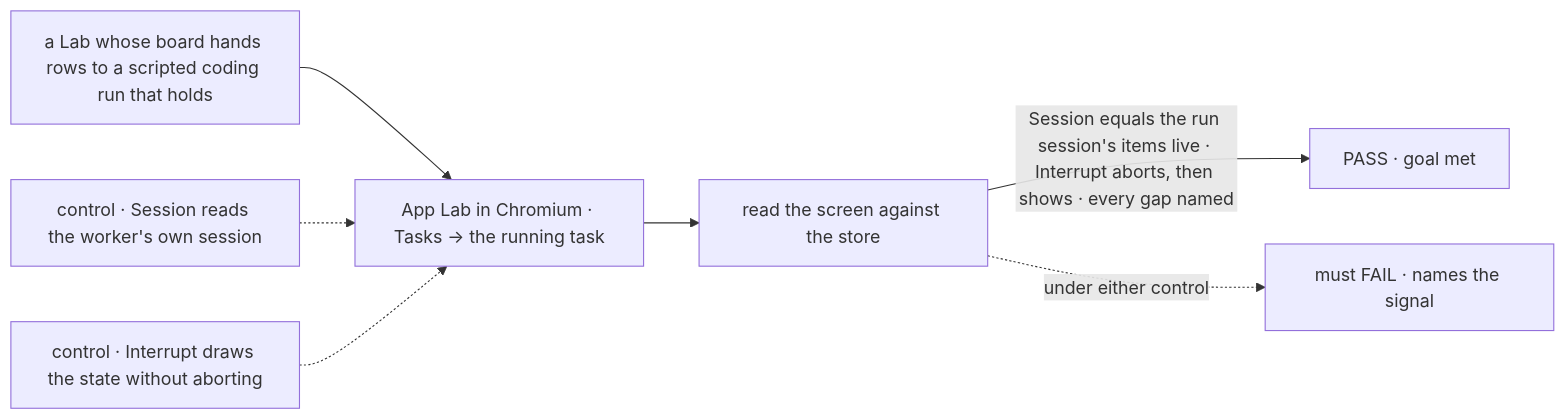
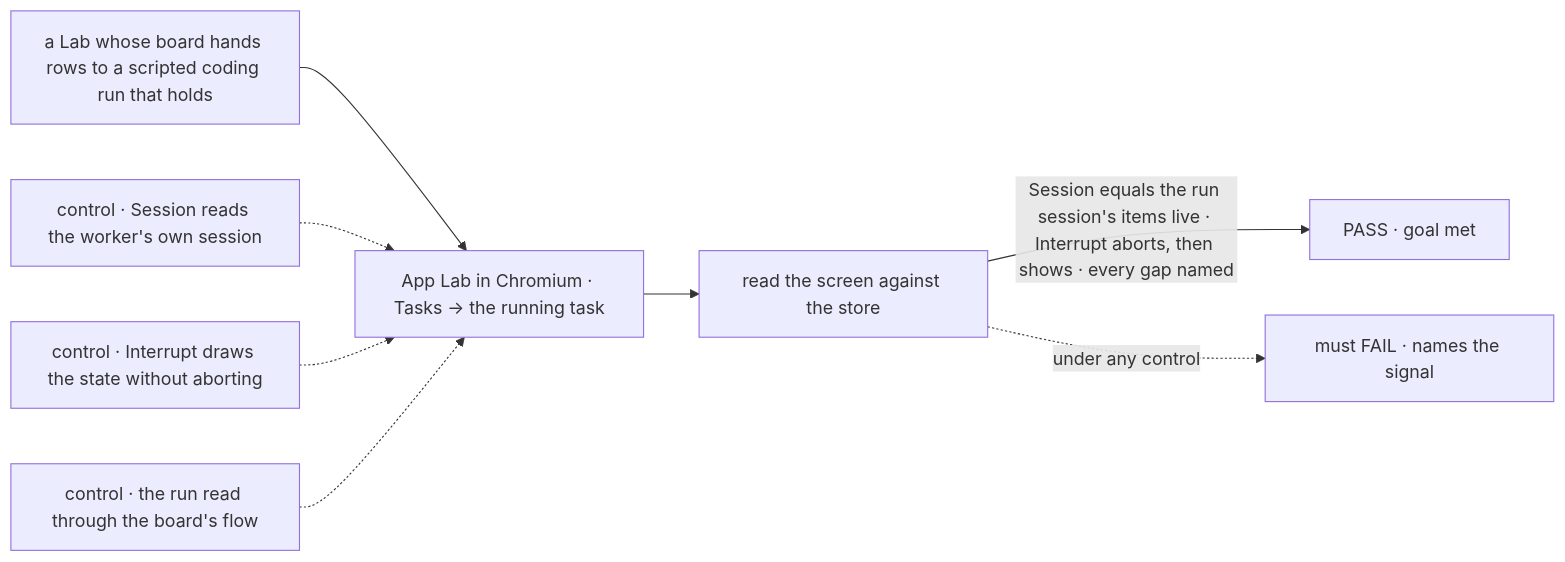
The first of 2 diagrams in specs/issues/FIX-1664/SPEC.md (fixpoint-labs/flow-state-dev), drawn with Mermaid before and after one commit. The commit also changed other lines of this file and 4 other files, not shown here.

First line of the commit message:
spec(FIX-1664): agree with FIX-1668 on the run's flow and the link's arrival

````diff
--- a/specs/issues/FIX-1664/SPEC.md
+++ b/specs/issues/FIX-1664/SPEC.md
@@ -36,9 +36,10 @@
 ```mermaid
 flowchart LR
   L["a Lab whose board hands rows to a scripted coding run that holds"] --> A["App Lab in Chromium · Tasks → the running task"]
   A --> R["read the screen against the store"]
   R -->|"Session equals the run session's items live · Interrupt aborts, then shows · every gap named"| P["PASS · goal met"]
   C1["control · Session reads the worker's own session"] -.-> A
   C2["control · Interrupt draws the state without aborting"] -.-> A
-  R -.->|"under either control"| F["must FAIL · names the signal"]
+  C3["control · the run read through the board's flow"] -.-> A
+  R -.->|"under any control"| F["must FAIL · names the signal"]
 ```
````
